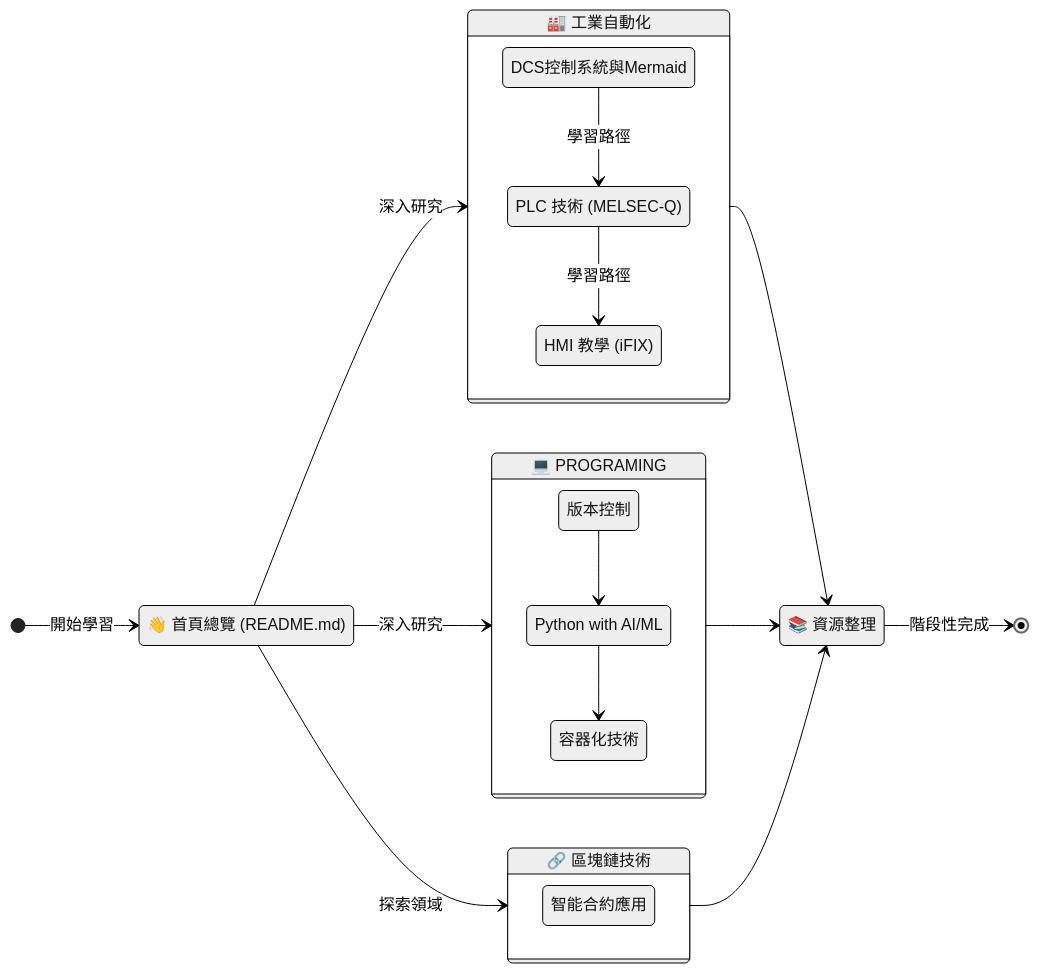
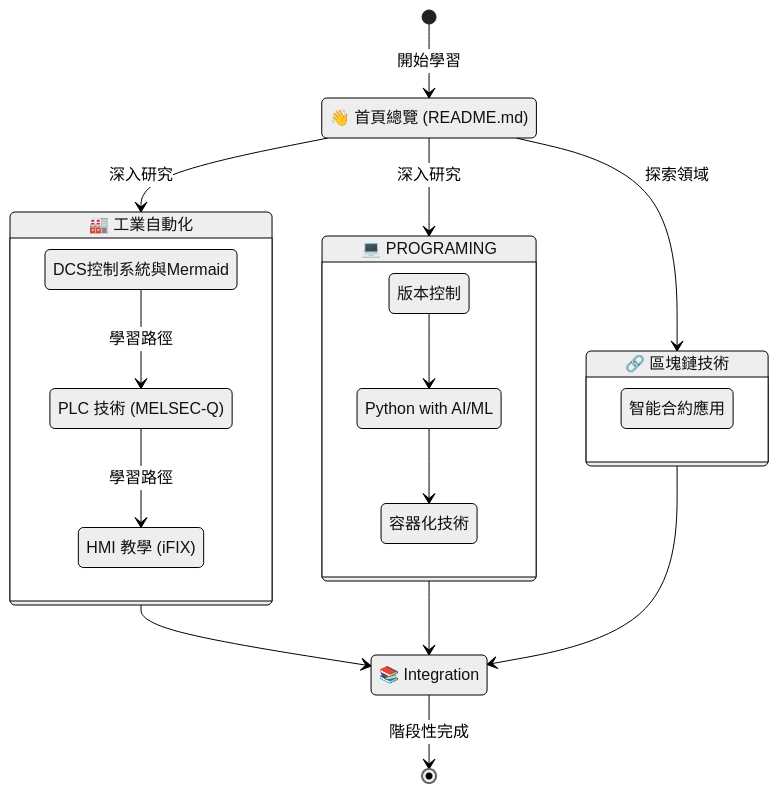
Before and after one commit to HachiTsai/DCS-learning: the diagram in docs/index.md, drawn with Mermaid (neutral theme).

````diff
--- a/docs/index.md
+++ b/docs/index.md
@@ -24,45 +24,45 @@
 ```mermaid
 stateDiagram-v2
-    direction LR  // 方向設定為由左至右 (Left to Right)
+    direction TB  // 方向設定為由左至右 (Left to Right)
 
     %% 狀態定義 (State Definitions)
     %% 使用 state 來定義一個複合狀態 (一個大的分類)
 
     state "🏭 工業自動化" as Automation {
         DCS: DCS控制系統與Mermaid
         PLC: PLC 技術 (MELSEC-Q)
         HMI: HMI 教學 (iFIX)
 
         DCS --> PLC : 學習路徑
         PLC --> HMI : 學習路徑
     }
 
     state "💻 PROGRAMING" as Programming {
         GitHub: 版本控制
         Python: Python with AI/ML
         Docker: 容器化技術
 
         GitHub --> Python
         Python --> Docker
     }
 
     state "🔗 區塊鏈技術" as Blockchain {
         SmartContract: 智能合約應用
     }
     
     %% 起點與主要流程
     [*] --> Home : 開始學習
 
     Home : 👋 首頁總覽 (README.md)
     Home --> Automation : 深入研究
     Home --> Programming : 深入研究
     Home --> Blockchain : 探索領域
 
     %% 終點
-    Automation --> Resources
-    Programming --> Resources
-    Blockchain --> Resources
+    Automation --> Integration
+    Programming --> Integration
+    Blockchain --> Integration
     
-    Resources: 📚 資源整理
-    Resources --> [*] : 階段性完成
+    Integration: 📚 Integration
+    Integration--> [*] : 階段性完成
 ```
````
